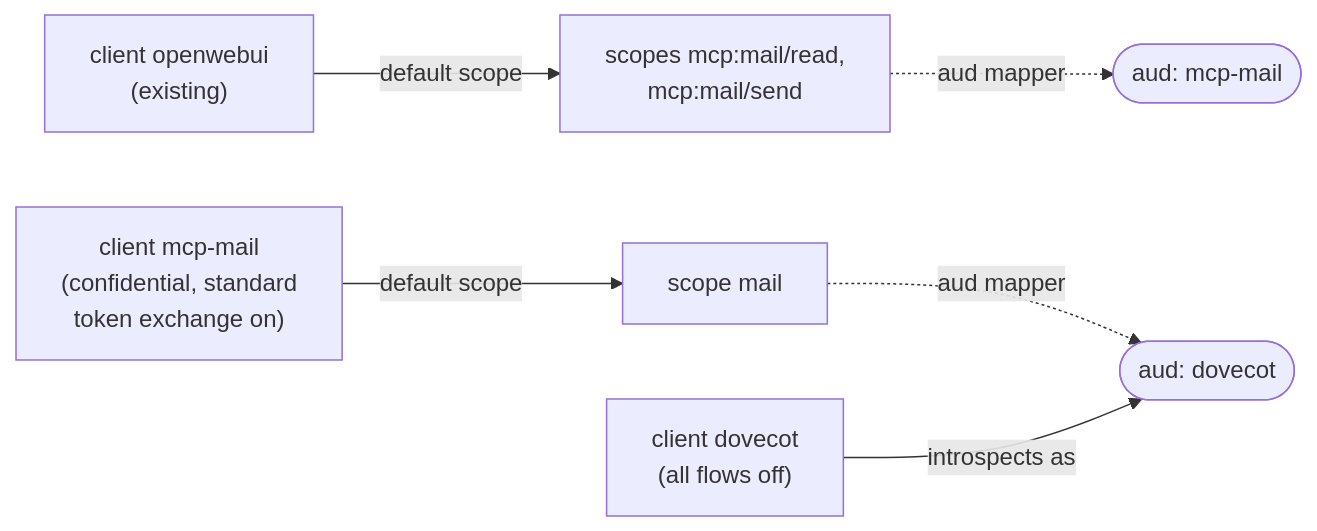
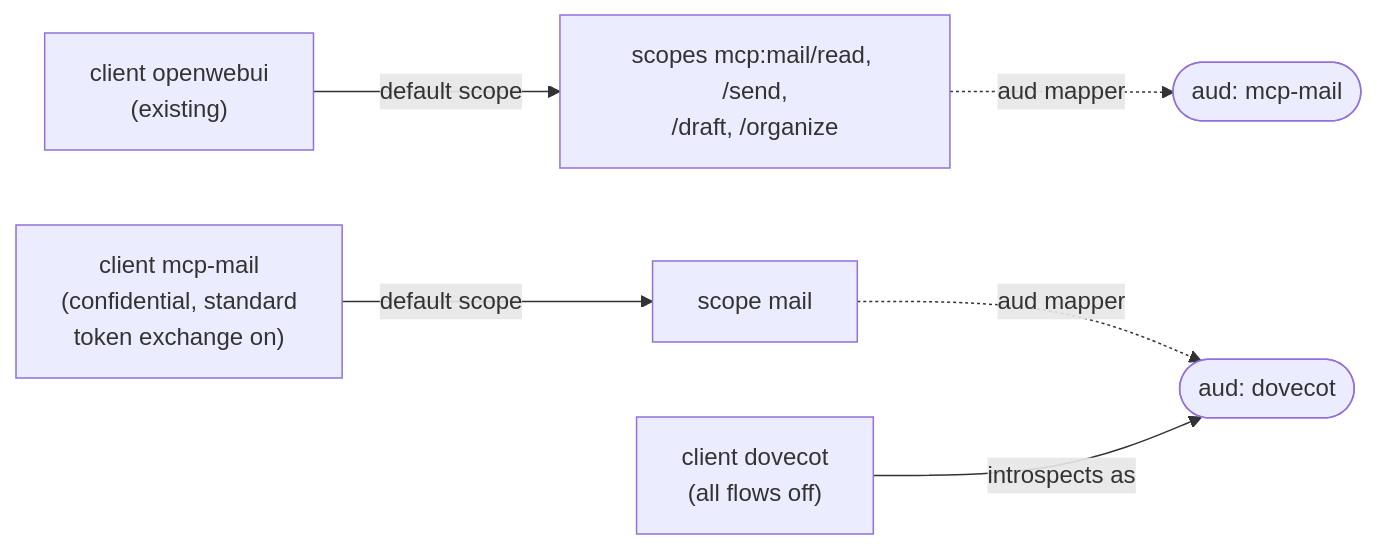
One commit to linuxrrze/mcp-mail-oauth changed the fifth of 5 diagrams in docs/mail-credential.md. Above: the diagram before and after it, drawn with Mermaid. The commit also changed other lines of this file and 22 other files, not shown here.

````diff
--- a/docs/mail-credential.md
+++ b/docs/mail-credential.md
@@ -118,8 +118,8 @@
 ```mermaid
 flowchart LR
-    ow["client openwebui<br/>(existing)"] -- default scope --> tools["scopes mcp:mail/read,<br/>mcp:mail/send"]
+    ow["client openwebui<br/>(existing)"] -- default scope --> tools["scopes mcp:mail/read, /send,<br/>/draft, /organize"]
     tools -. "aud mapper" .-> a1(["aud: mcp-mail"])
     mm["client mcp-mail<br/>(confidential, standard<br/>token exchange on)"] -- default scope --> mail["scope mail"]
     mail -. "aud mapper" .-> a2(["aud: dovecot"])
     dc["client dovecot<br/>(all flows off)"] -- "introspects as" --> a2
 ```
````
